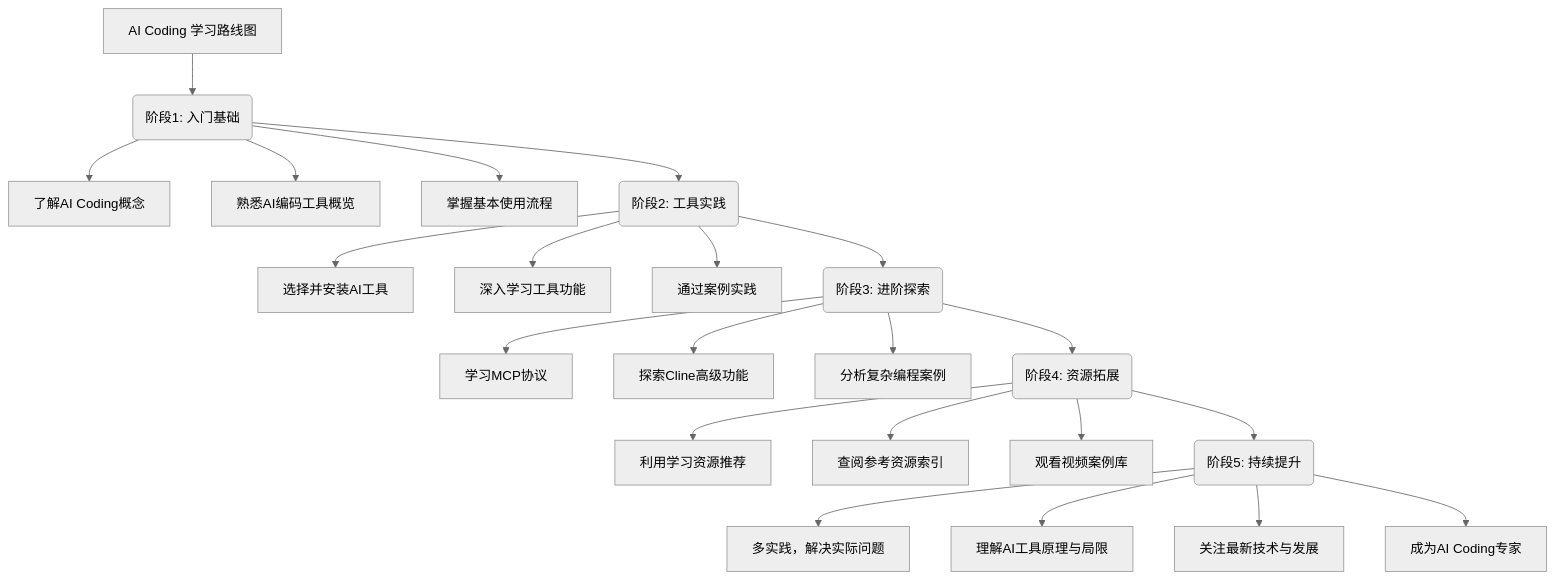
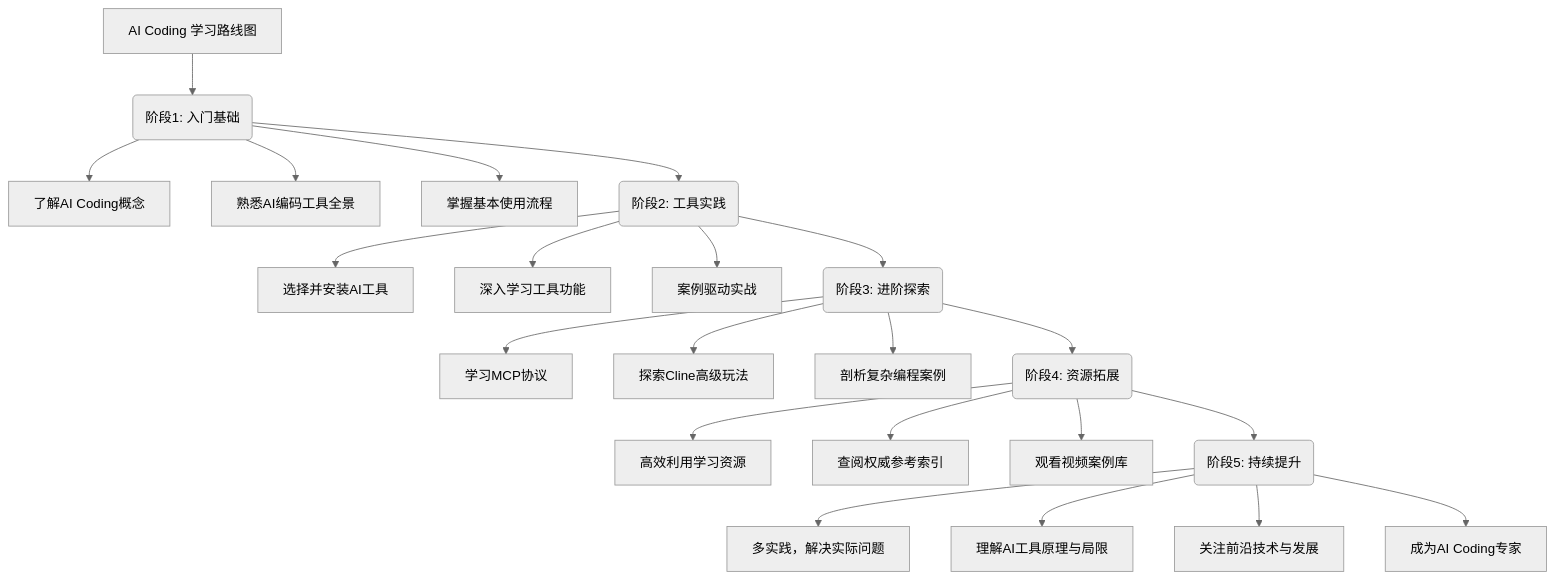
The diagram in README.md (gqy20/ai_coding), drawn with Mermaid (neutral theme) before and after one commit. The commit also changed other lines of this file and 12 other files, not shown here.

````diff
--- a/README.md
+++ b/README.md
@@ -11,29 +82,30 @@
 ```mermaid
-graph TD
+%% AI Coding 学习路线图
+flowchart TD
     A[AI Coding 学习路线图] --> B(阶段1: 入门基础)
     B --> B1[了解AI Coding概念]
-    B --> B2[熟悉AI编码工具概览]
+    B --> B2[熟悉AI编码工具全景]
     B --> B3[掌握基本使用流程]
 
     B --> C(阶段2: 工具实践)
     C --> C1[选择并安装AI工具]
     C --> C2[深入学习工具功能]
-    C --> C3[通过案例实践]
+    C --> C3[案例驱动实战]
 
     C --> D(阶段3: 进阶探索)
     D --> D1[学习MCP协议]
-    D --> D2[探索Cline高级功能]
-    D --> D3[分析复杂编程案例]
+    D --> D2[探索Cline高级玩法]
+    D --> D3[剖析复杂编程案例]
 
     D --> E(阶段4: 资源拓展)
-    E --> E1[利用学习资源推荐]
-    E --> E2[查阅参考资源索引]
+    E --> E1[高效利用学习资源]
+    E --> E2[查阅权威参考索引]
     E --> E3[观看视频案例库]
 
     E --> F(阶段5: 持续提升)
     F --> F1[多实践，解决实际问题]
     F --> F2[理解AI工具原理与局限]
-    F --> F3[关注最新技术与发展]
+    F --> F3[关注前沿技术与发展]
 
     F --> G[成为AI Coding专家]
 ```
````
